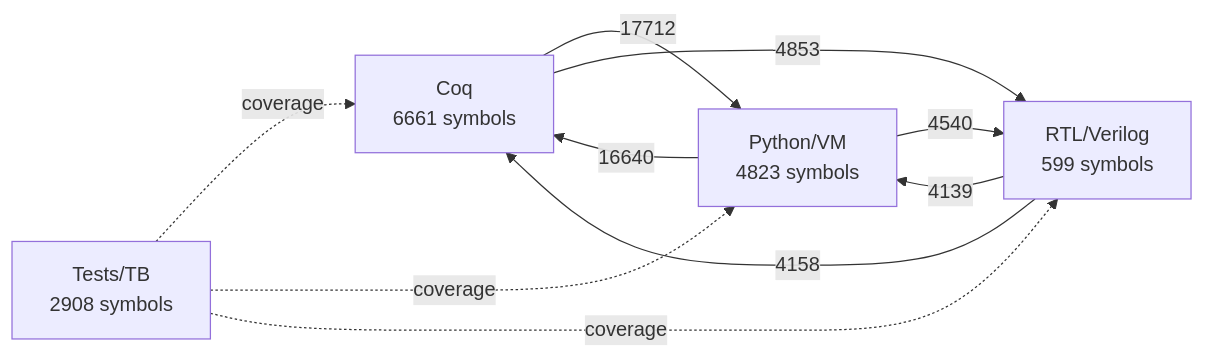
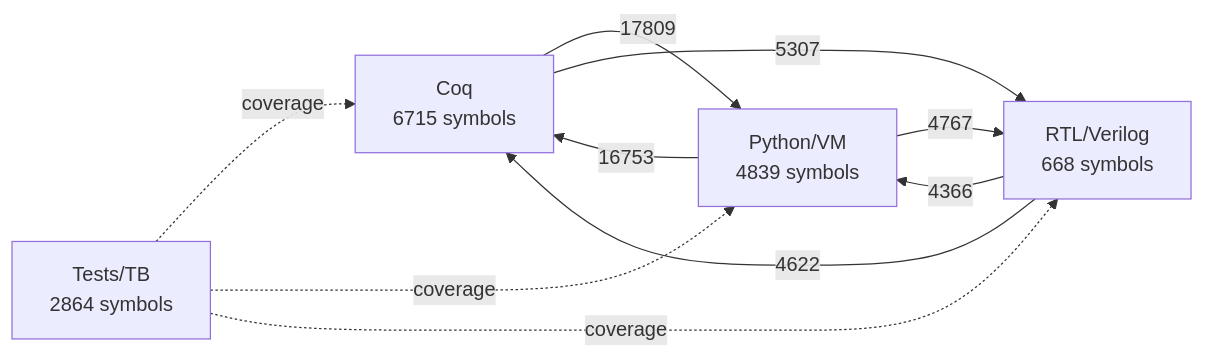
One commit to sethirus/The-Thiele-Machine changed the first of 3 diagrams in artifacts/ATLAS.md. Above: the diagram before and after it, drawn with Mermaid. The commit also changed other lines of this file and 473 other files, not shown here.

````diff
--- a/artifacts/ATLAS.md
+++ b/artifacts/ATLAS.md
@@ -665,16 +694,16 @@
 ```mermaid
 flowchart LR
-  C["Coq\n6661 symbols"]
-  P["Python/VM\n4823 symbols"]
-  R["RTL/Verilog\n599 symbols"]
-  T["Tests/TB\n2908 symbols"]
-  C -->|17712| P
-  P -->|16640| C
-  C -->|4853| R
-  R -->|4158| C
-  P -->|4540| R
-  R -->|4139| P
+  C["Coq\n6715 symbols"]
+  P["Python/VM\n4839 symbols"]
+  R["RTL/Verilog\n668 symbols"]
+  T["Tests/TB\n2864 symbols"]
+  C -->|17809| P
+  P -->|16753| C
+  C -->|5307| R
+  R -->|4622| C
+  P -->|4767| R
+  R -->|4366| P
   T -. coverage .-> C
   T -. coverage .-> P
   T -. coverage .-> R
 ```
````
